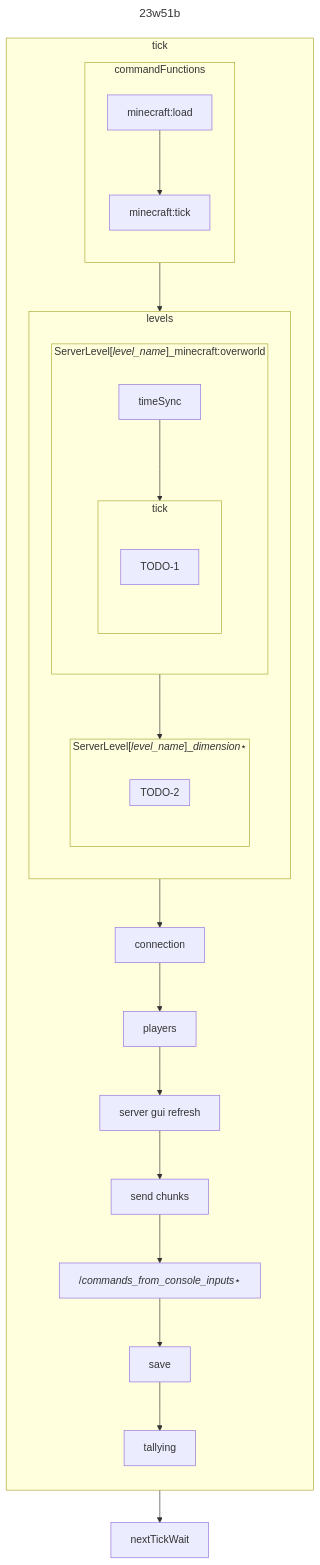
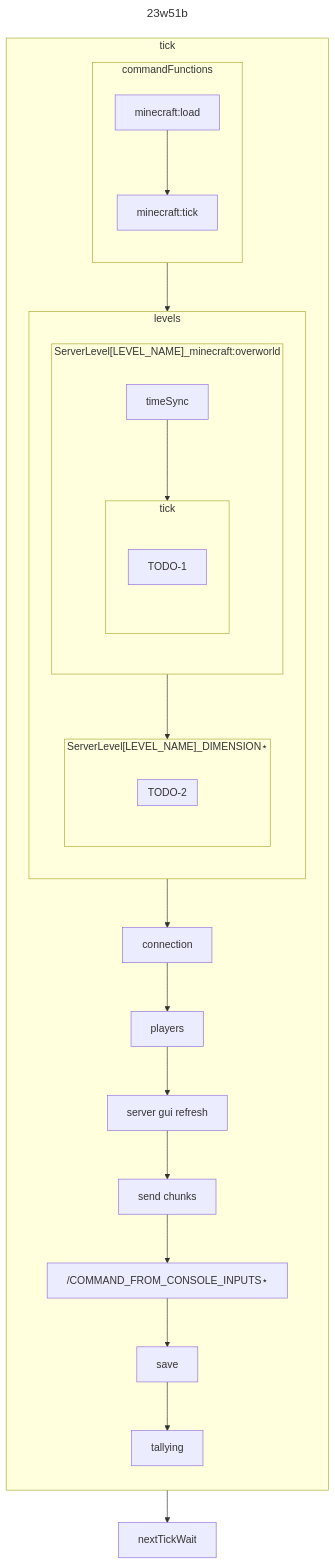
Before and after one commit to intsuc/tick-order: the diagram in README.md, drawn with Mermaid.

Commit message:
Avoid formatting

````diff
--- a/README.md
+++ b/README.md
@@ -3,51 +3,51 @@
 ```mermaid
 ---
 title: 23w51b
 ---
 flowchart TB
     subgraph tick
         direction TB
         subgraph tick.commandFunctions[commandFunctions]
             direction TB
             tick.commandFunctions.minecraft:load[minecraft:load]
             tick.commandFunctions.minecraft:tick[minecraft:tick]
             tick.commandFunctions.minecraft:load --> tick.commandFunctions.minecraft:tick
         end
         subgraph tick.levels[levels]
             direction TB
-            subgraph tick.levels.overworld["`ServerLevel[*level_name*]_minecraft:overworld`"]
+            subgraph tick.levels.overworld["ServerLevel[LEVEL_NAME]_minecraft:overworld"]
                 direction TB
                 tick.levels.overworld.timeSync[timeSync]
                 subgraph tick.levels.overworld.tick[tick]
                     direction TB
                     TODO-1
                 end
                 tick.levels.overworld.timeSync --> tick.levels.overworld.tick
             end
-            subgraph tick.levels.otherDimension["`ServerLevel[*level_name*]_*dimension*⋆`"]
+            subgraph tick.levels.otherDimension["ServerLevel[LEVEL_NAME]_DIMENSION⋆"]
                 direction TB
                 subgraph TODO-2
                     direction TB
                 end
             end
             tick.levels.overworld --> tick.levels.otherDimension
         end
         tick.connection[connection]
         tick.players[players]
         tick.server_gui_refresh[server gui refresh]
         tick.send_chunks[send chunks]
-        tick.command_from_console_inputs["`/*commands_from_console_inputs*⋆`"]
+        tick.command_from_console_inputs["/COMMAND_FROM_CONSOLE_INPUTS⋆"]
         tick.save[save]
         tick.tallying[tallying]
         tick.commandFunctions --> tick.levels
         tick.levels --> tick.connection
         tick.connection --> tick.players
         tick.players --> tick.server_gui_refresh
         tick.server_gui_refresh --> tick.send_chunks
         tick.send_chunks --> tick.command_from_console_inputs
         tick.command_from_console_inputs --> tick.save
         tick.save --> tick.tallying
     end
     nextTickWait
     tick --> nextTickWait
 ```
````
